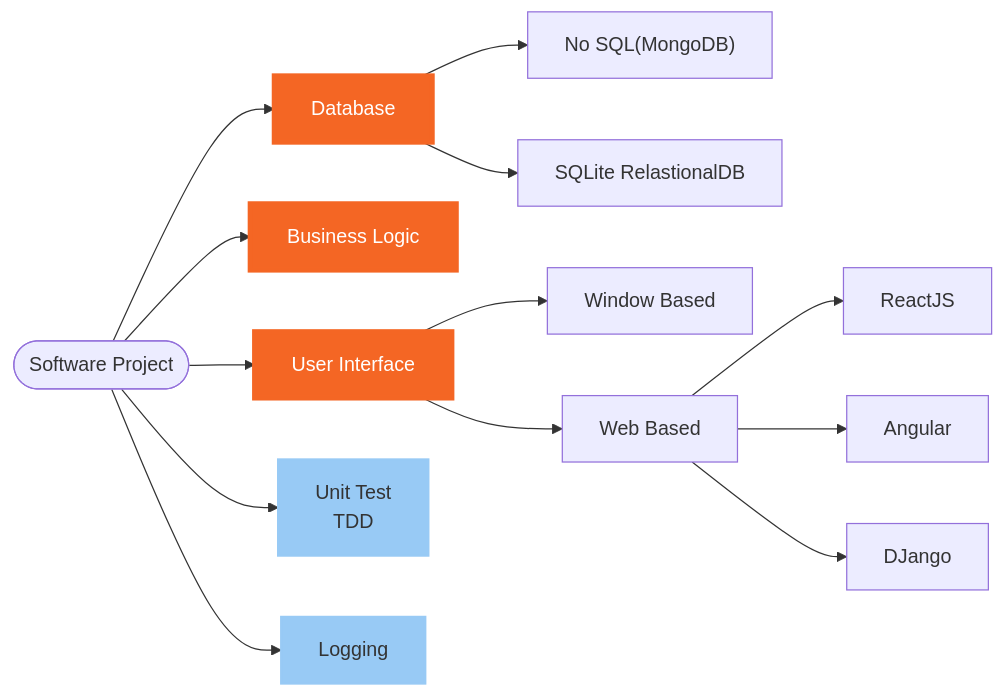
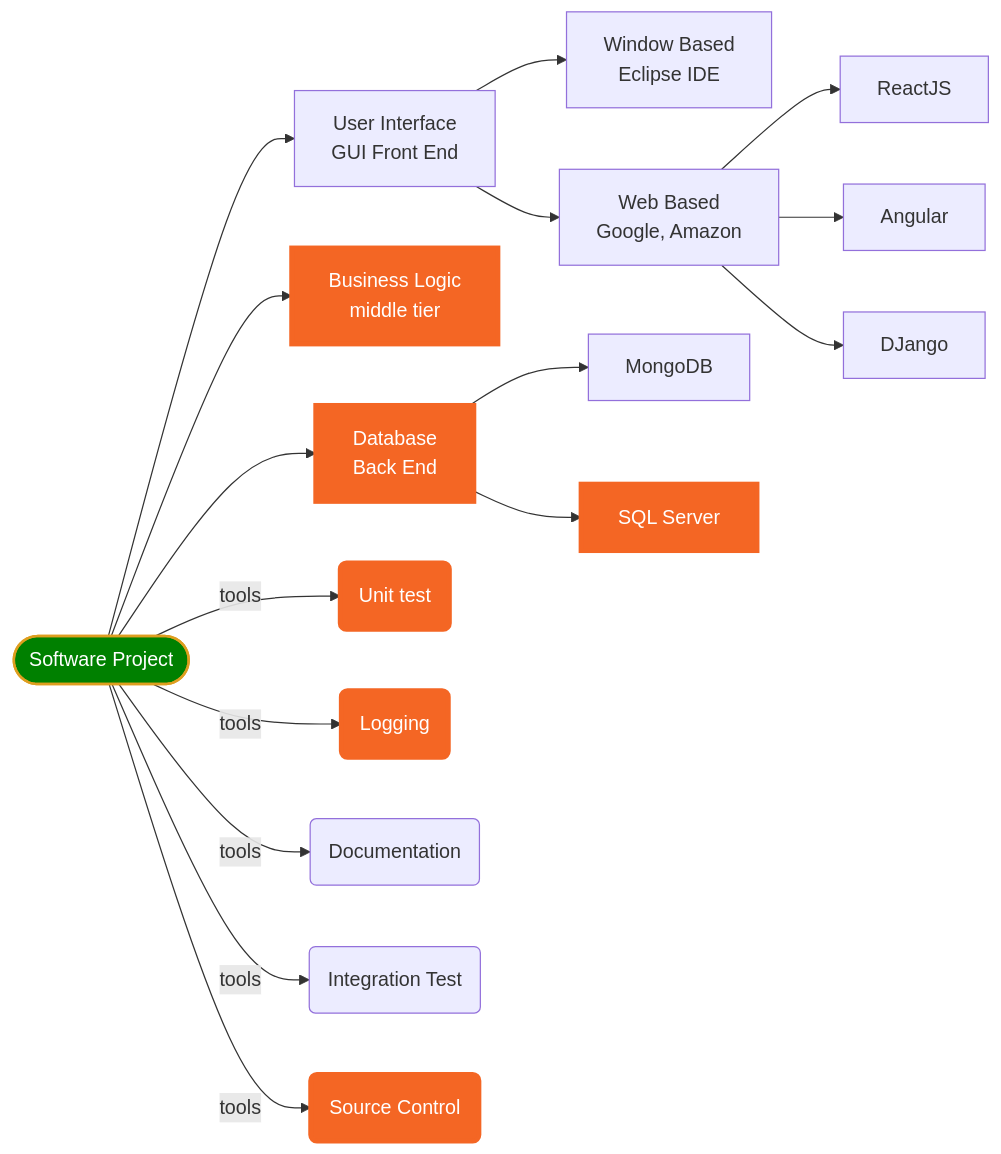
Before and after one commit to jwang1122/python: the sixth of 16 diagrams in doc/python.md, drawn with Mermaid. The commit also changed other lines of this file and 15 other files, not shown here.

````diff
--- a/doc/python.md
+++ b/doc/python.md
@@ -367,28 +429,32 @@
 ```mermaid
 graph LR
+
 A([Software Project])
-D[User Interface]
-E[Business Logic]
-F[Database]
-G["No SQL(MongoDB)"]
-H["SQLite RelastionalDB"]
-I[Window Based]
-J[Web Based]
-K[ReactJS]
-L[Angular]
-M[DJango]
-N[Unit Test<br>TDD]
-O[Logging]
+B[User Interface<br>GUI Front End]
+C[Business Logic<br>middle tier]
+D[Database<br>Back End]
+E(Unit test)
+F(Logging)
+K(Documentation)
+L(Integration Test)
+G[Window Based<br>Eclipse IDE]
+H[Web Based<br>Google, Amazon]
+I[MongoDB]
+J[SQL Server]
+REACT[ReactJS]
+ANGULAR[Angular]
+DJANGO[DJango]
+GIT(Source Control)
 
+A-->B & C & D 
+A--tools--> E & F & K & L & GIT
+B-->H & G
+D-->I & J
+H-->REACT & ANGULAR & DJANGO
 
-A--> D & E & F & N & O
-D-->I & J
-F-->G & H
-J-->K & L & M
+classDef block1 fill:#F46624,stroke:#F46624,stroke-width:4px,color:white;
+classDef start fill:green,stroke:#DE9E1F,stroke-width:2px,color:white;
 
-classDef html fill:#F46624,stroke:#F46624,stroke-width:4px,color:white;
-classDef js fill:#98CAF5,stroke:#98CAF5,stroke-width:2px;
-
-class D,E,F html
-class N,O js
+class A start
+class C,E,F,D,J,GIT block1
 ```
````
